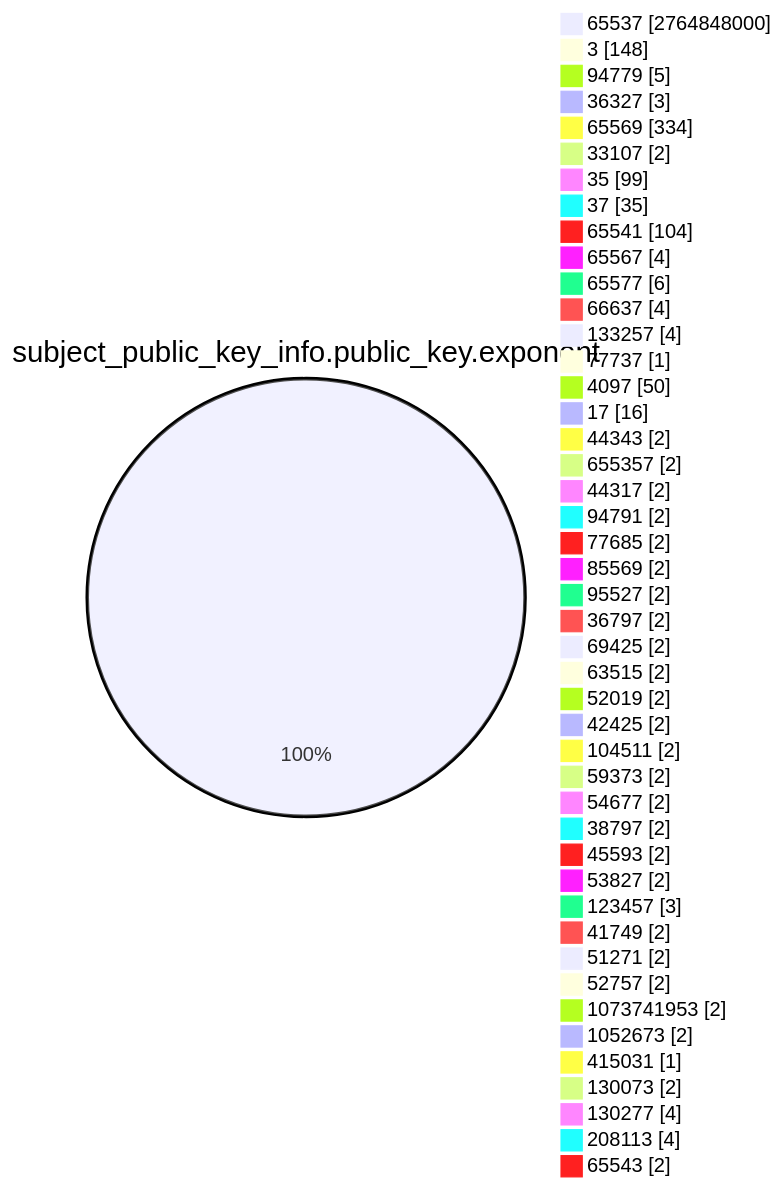
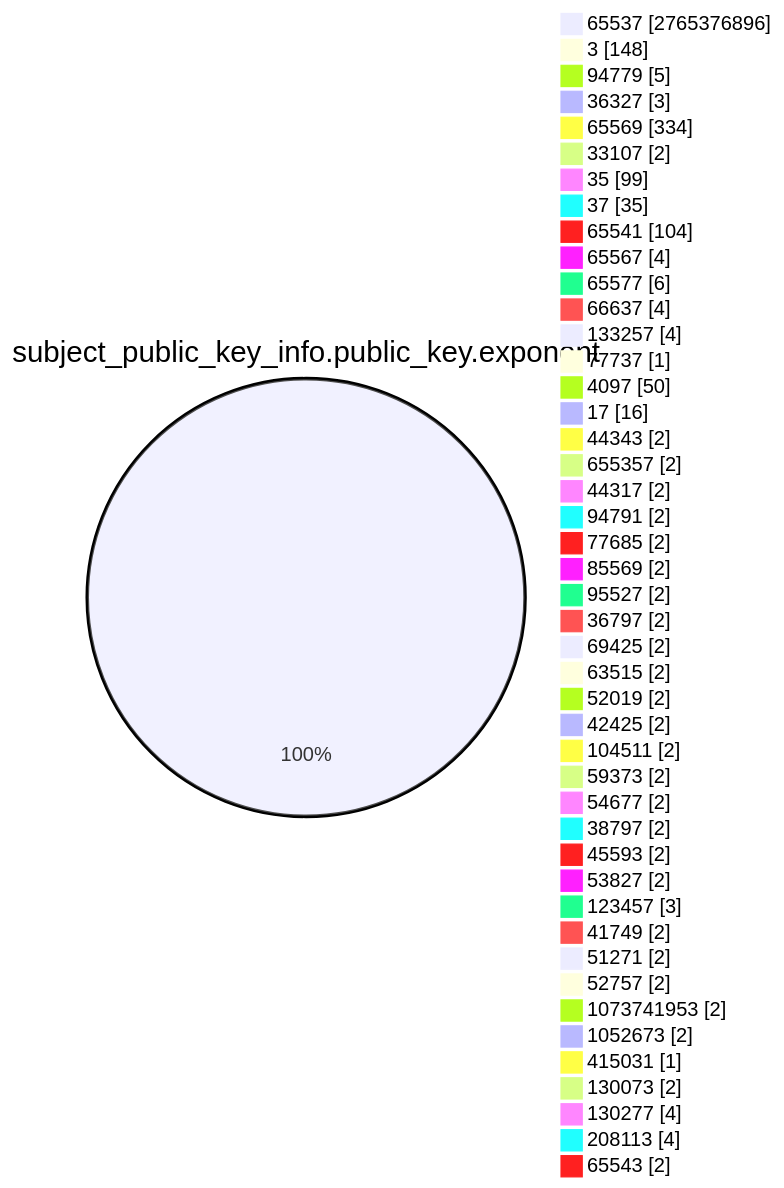
One commit to christiankrug/ctmonitor_visualization changed the fourth of 15 diagrams in TOTAL/README.md. Above: the diagram before and after it, drawn with Mermaid. The commit also changed other lines of this file, not shown here.

````diff
--- a/TOTAL/README.md
+++ b/TOTAL/README.md
@@ -1467,49 +1467,49 @@
 ```mermaid
 pie showData
 title subject_public_key_info.public_key.exponent
-"65537" :2764848000
+"65537" :2765376896
 "3" :148
 "94779" :5
 "36327" :3
 "65569" :334
 "33107" :2
 "35" :99
 "37" :35
 "65541" :104
 "65567" :4
 "65577" :6
 "66637" :4
 "133257" :4
 "77737" :1
 "4097" :50
 "17" :16
 "44343" :2
 "655357" :2
 "44317" :2
 "94791" :2
 "77685" :2
 "85569" :2
 "95527" :2
 "36797" :2
 "69425" :2
 "63515" :2
 "52019" :2
 "42425" :2
 "104511" :2
 "59373" :2
 "54677" :2
 "38797" :2
 "45593" :2
 "53827" :2
 "123457" :3
 "41749" :2
 "51271" :2
 "52757" :2
 "1073741953" :2
 "1052673" :2
 "415031" :1
 "130073" :2
 "130277" :4
 "208113" :4
 "65543" :2
 ```
````
